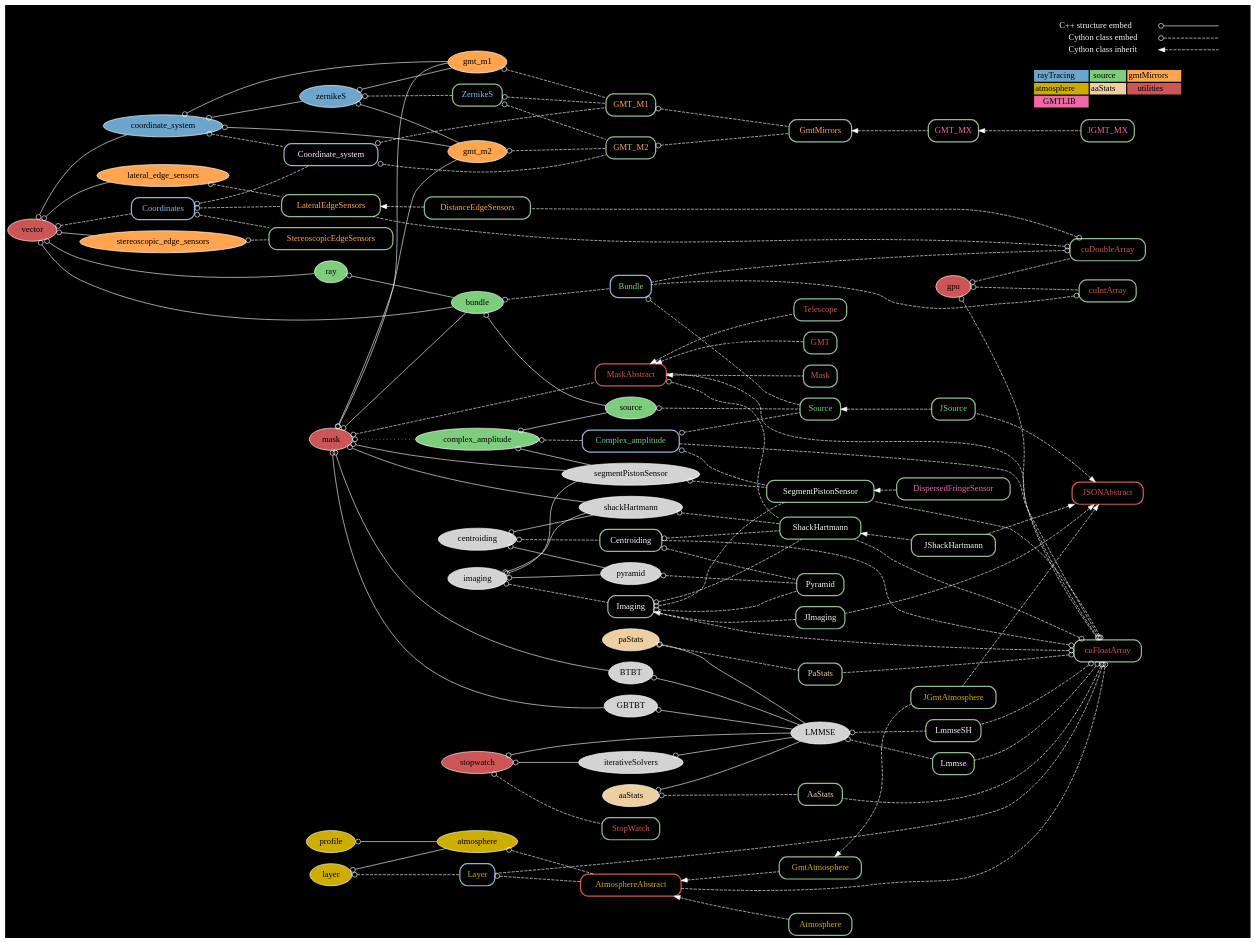
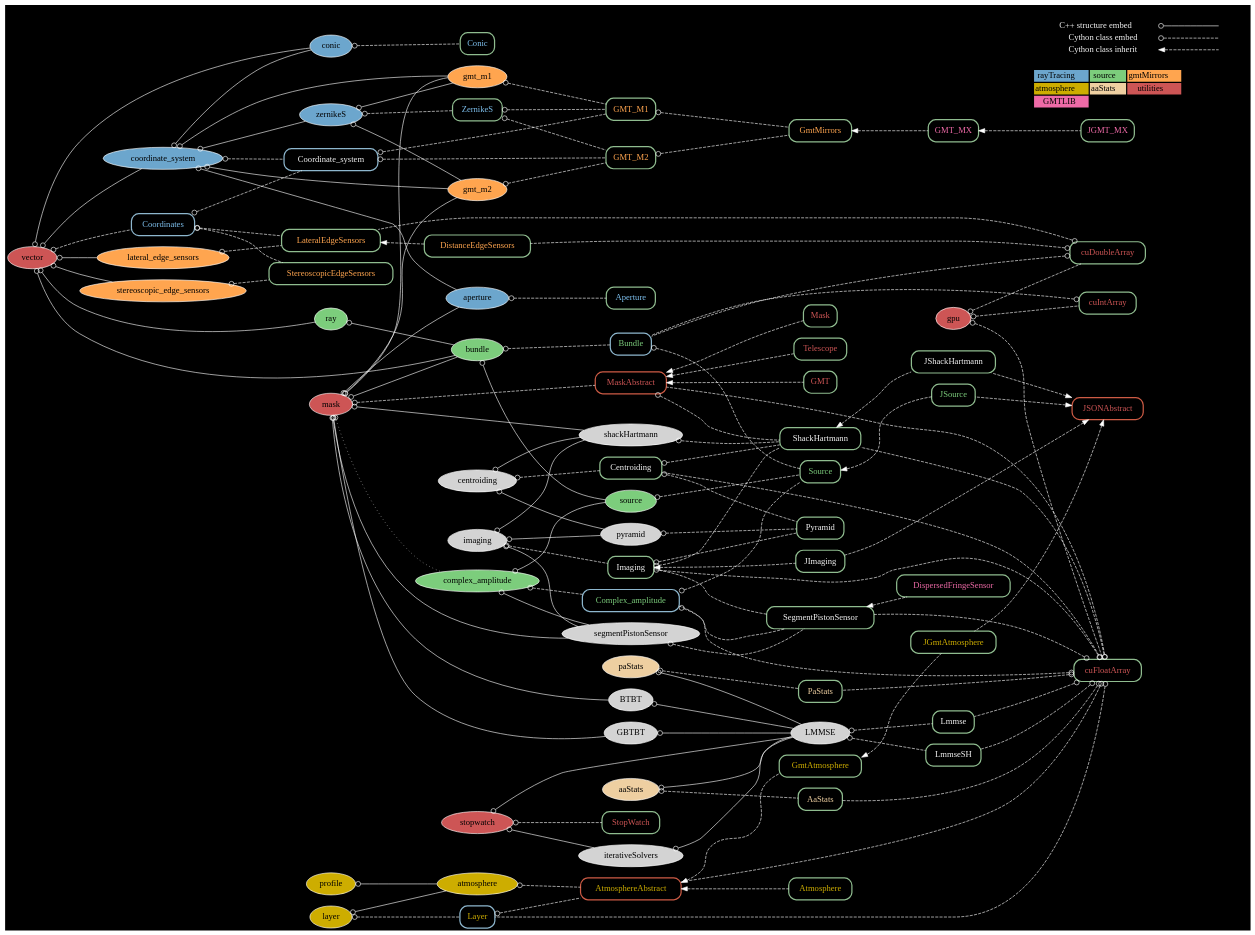
Before and after one commit to rconan/CEO: the diagram in graph/ceo.dot, drawn with Graphviz. The commit also changed 3 other files, not shown here.

Commit message:
RAYTRACING DOC AND GRAPH; SOURCE PRUNING

```diff
--- a/graph/ceo.dot
+++ b/graph/ceo.dot
@@ -7,6 +7,8 @@
 
 {
 node[fillcolor=skyblue3]
+aperture;
+conic;
 zernikeS;
 coordinate_system;
 }
@@ -52,6 +54,8 @@
 centroiding -> pyramid;
 bundle -> source;
 
+{mask; coordinate_system} -> aperture;
+{vector; coordinate_system} -> conic;
 coordinate_system -> zernikeS;
 coordinate_system -> gmt_m1;
 coordinate_system -> gmt_m2
@@ -96,6 +100,8 @@
 
 {
 node[fontcolor=skyblue2]
+Aperture;
+Conic;
 ZernikeS;
 Coordinates;
 }
@@ -167,7 +173,10 @@
 
 gmt_m1 -> GMT_M1;
 gmt_m2 -> GMT_M2;
-ZernikeS;
+
+aperture -> Aperture;
+conic -> Conic;
+
 zernikeS -> ZernikeS;
 ZernikeS -> GMT_M1;
 ZernikeS -> GMT_M2;
```
